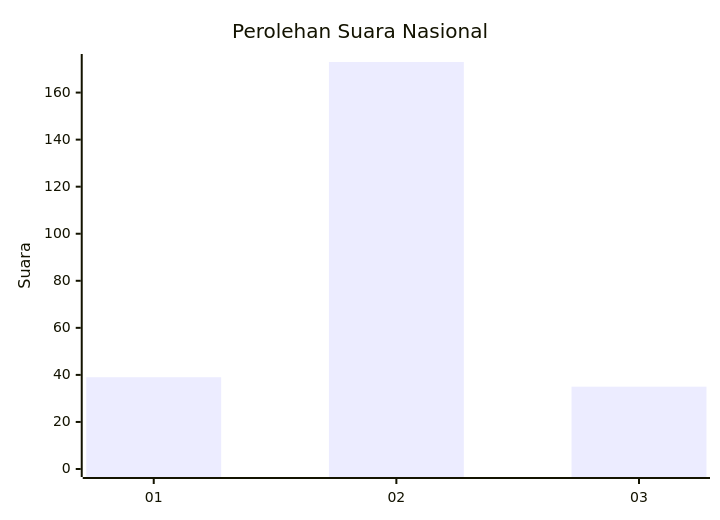
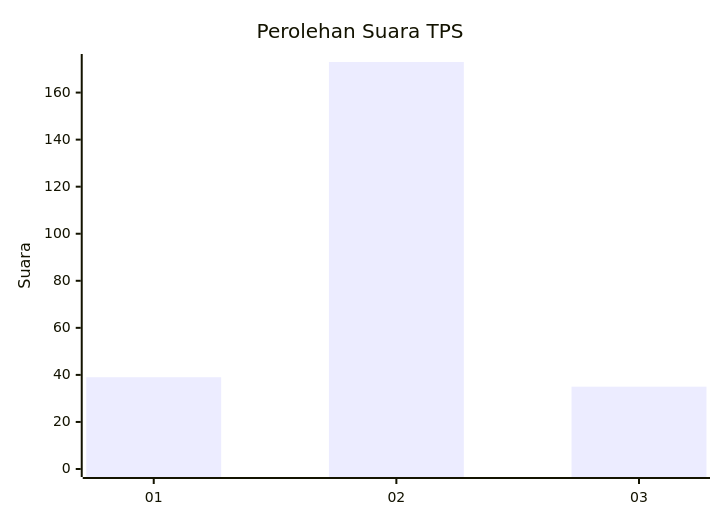
Before and after one commit to gigit-pemilu/pemilu-2024-76-sulawesi-barat: the first of 2 diagrams in pilpres/hitung-suara/sub/76-sulawesi-barat/sub/02-mamuju/sub/11-tommo/sub/2002-campaloga/sub/007-tps/README.md, drawn with Mermaid. The commit also changed other lines of this file and 3168 other files, not shown here.

````diff
--- a/pilpres/hitung-suara/sub/76-sulawesi-barat/sub/02-mamuju/sub/11-tommo/sub/2002-campaloga/sub/007-tps/README.md
+++ b/pilpres/hitung-suara/sub/76-sulawesi-barat/sub/02-mamuju/sub/11-tommo/sub/2002-campaloga/sub/007-tps/README.md
@@ -5,7 +5,7 @@
 ```mermaid
 xychart-beta
-    title "Perolehan Suara Nasional"
+    title "Perolehan Suara TPS"
     x-axis [01, 02, 03]
     y-axis "Suara" 0 --> 173
     bar [39, 173, 35]
 ```
````
